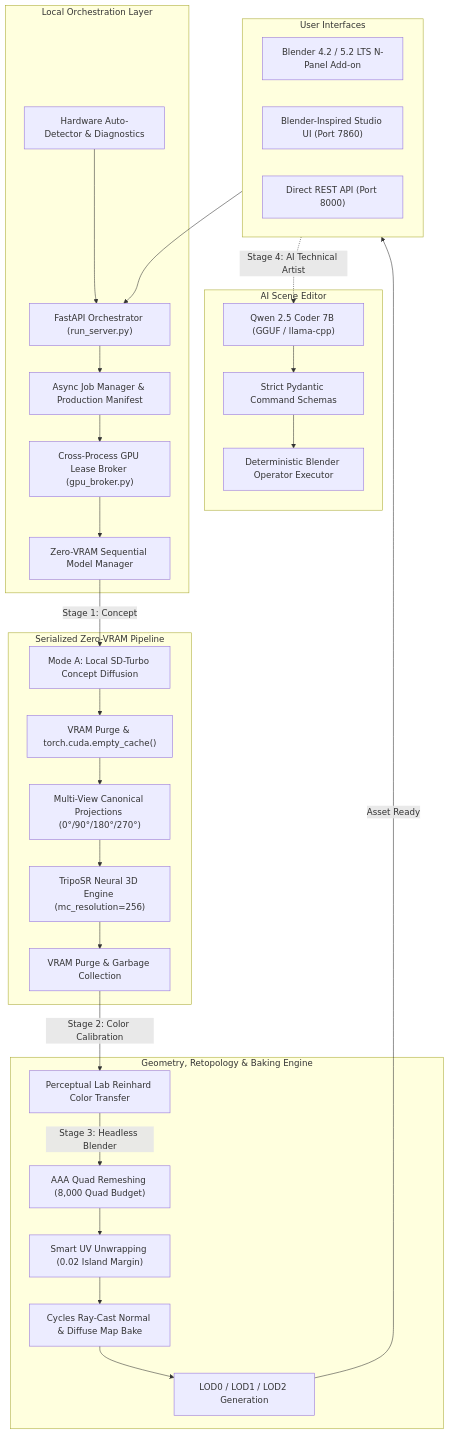
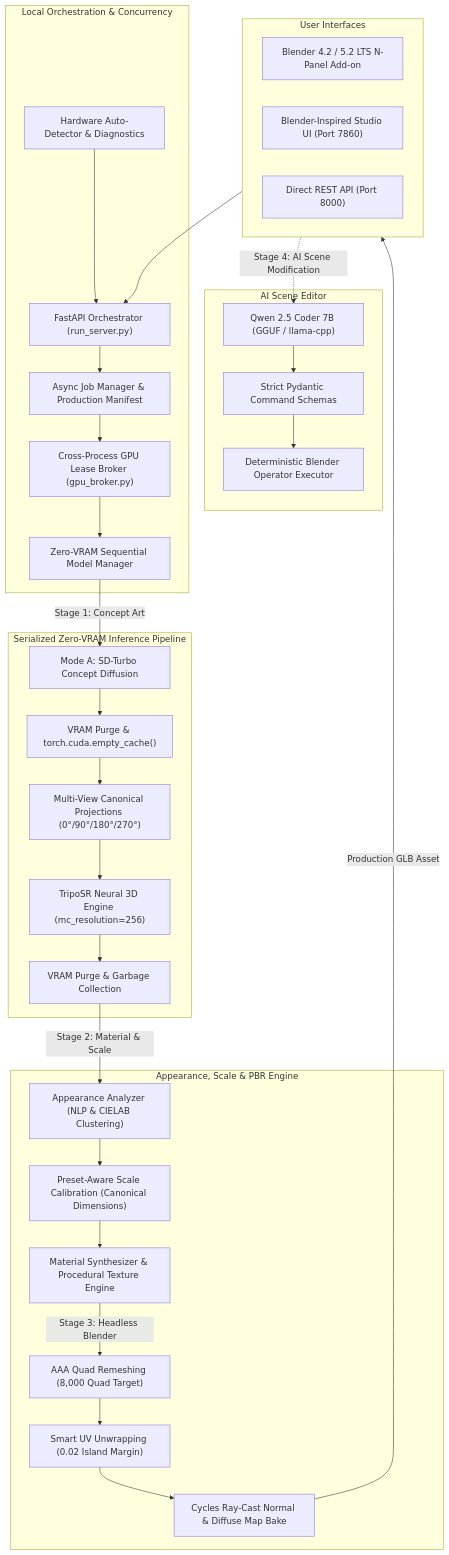
One commit to Kernlab-001/local-mesh-ai changed the diagram in README.md. Above: the diagram before and after it, drawn with Mermaid. The commit also changed other lines of this file and 13 other files, not shown here.

````diff
--- a/README.md
+++ b/README.md
@@ -69,49 +87,50 @@
 ```mermaid
 flowchart TD
     subgraph Clients["User Interfaces"]
         C1["Blender 4.2 / 5.2 LTS N-Panel Add-on"]
         C2["Blender-Inspired Studio UI (Port 7860)"]
         C3["Direct REST API (Port 8000)"]
     end
 
-    subgraph Orchestration["Local Orchestration Layer"]
+    subgraph Orchestration["Local Orchestration & Concurrency"]
         DET["Hardware Auto-Detector & Diagnostics"]
         API["FastAPI Orchestrator (run_server.py)"]
         JM["Async Job Manager & Production Manifest"]
         BROKER["Cross-Process GPU Lease Broker (gpu_broker.py)"]
         LIFECYCLE["Zero-VRAM Sequential Model Manager"]
     end
 
-    subgraph GPU_Workloads["Serialized Zero-VRAM Pipeline"]
-        SDT["Mode A: Local SD-Turbo Concept Diffusion"]
+    subgraph GPU_Workloads["Serialized Zero-VRAM Inference Pipeline"]
+        SDT["Mode A: SD-Turbo Concept Diffusion"]
         PURGE0["VRAM Purge & torch.cuda.empty_cache()"]
         MV["Multi-View Canonical Projections (0°/90°/180°/270°)"]
         TSR["TripoSR Neural 3D Engine (mc_resolution=256)"]
         PURGE1["VRAM Purge & Garbage Collection"]
     end
 
-    subgraph Post_Processing["Geometry, Retopology & Baking Engine"]
-        CALIB["Perceptual Lab Reinhard Color Transfer"]
-        RETOPO["AAA Quad Remeshing (8,000 Quad Budget)"]
+    subgraph Appearance_Geometry["Appearance, Scale & PBR Engine"]
+        ANALYZER["Appearance Analyzer (NLP & CIELAB Clustering)"]
+        SCALE["Preset-Aware Scale Calibration (Canonical Dimensions)"]
+        SYNTH["Material Synthesizer & Procedural Texture Engine"]
+        RETOPO["AAA Quad Remeshing (8,000 Quad Target)"]
         UV["Smart UV Unwrapping (0.02 Island Margin)"]
         BAKE["Cycles Ray-Cast Normal & Diffuse Map Bake"]
-        LOD["LOD0 / LOD1 / LOD2 Generation"]
     end
 
     subgraph Technical_Artist["AI Scene Editor"]
         QWEN["Qwen 2.5 Coder 7B (GGUF / llama-cpp)"]
         ALLOW["Strict Pydantic Command Schemas"]
         EXEC["Deterministic Blender Operator Executor"]
     end
 
     Clients --> API
     DET --> API
     API --> JM --> BROKER
     BROKER --> LIFECYCLE
-    LIFECYCLE -->|Stage 1: Concept| SDT --> PURGE0
+    LIFECYCLE -->|Stage 1: Concept Art| SDT --> PURGE0
     PURGE0 --> MV --> TSR --> PURGE1
-    PURGE1 -->|Stage 2: Color Calibration| CALIB
-    CALIB -->|Stage 3: Headless Blender| RETOPO --> UV --> BAKE --> LOD
-    LOD -->|Asset Ready| Clients
-    Clients -.->|Stage 4: AI Technical Artist| QWEN --> ALLOW --> EXEC
+    PURGE1 -->|Stage 2: Material & Scale| ANALYZER --> SCALE --> SYNTH
+    SYNTH -->|Stage 3: Headless Blender| RETOPO --> UV --> BAKE
+    BAKE -->|Production GLB Asset| Clients
+    Clients -.->|Stage 4: AI Scene Modification| QWEN --> ALLOW --> EXEC
 ```
````
